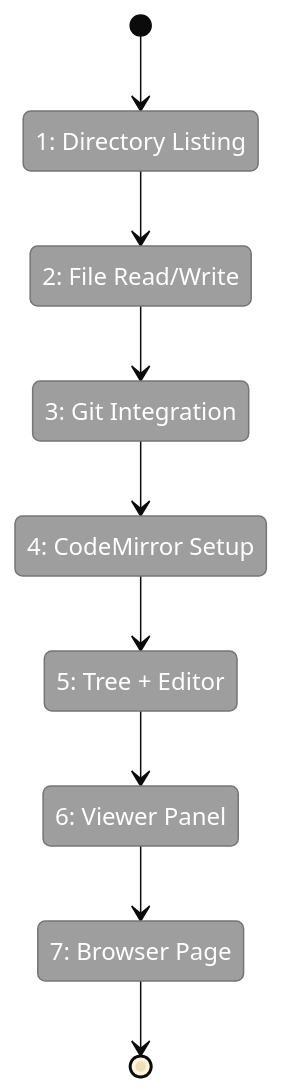
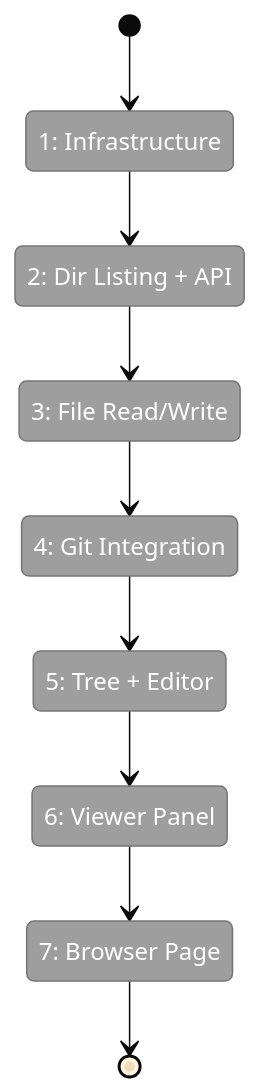
One commit to AI-Substrate/chainglass changed the diagram in docs/plans/041-file-browser/tasks/phase-4-file-browser/tasks.fltplan.md. Above: the diagram before and after it, drawn with Mermaid (base theme). The commit also changed other lines of this file and 1 other file, not shown here.

````diff
--- a/docs/plans/041-file-browser/tasks/phase-4-file-browser/tasks.fltplan.md
+++ b/docs/plans/041-file-browser/tasks/phase-4-file-browser/tasks.fltplan.md
@@ -23,26 +44,26 @@
 ```mermaid
 stateDiagram-v2
     classDef pending fill:#9E9E9E,stroke:#757575,color:#fff
     classDef active fill:#FFC107,stroke:#FFA000,color:#000
     classDef done fill:#4CAF50,stroke:#388E3C,color:#fff
     classDef blocked fill:#F44336,stroke:#D32F2F,color:#fff
 
-    state "1: Directory Listing" as S1
-    state "2: File Read/Write" as S2
-    state "3: Git Integration" as S3
-    state "4: CodeMirror Setup" as S4
+    state "1: Infrastructure" as S1
+    state "2: Dir Listing + API" as S2
+    state "3: File Read/Write" as S3
+    state "4: Git Integration" as S4
     state "5: Tree + Editor" as S5
     state "6: Viewer Panel" as S6
     state "7: Browser Page" as S7
 
     [*] --> S1
     S1 --> S2
     S2 --> S3
     S3 --> S4
     S4 --> S5
     S5 --> S6
     S6 --> S7
     S7 --> [*]
 
     class S1,S2,S3,S4,S5,S6,S7 pending
 ```
````
